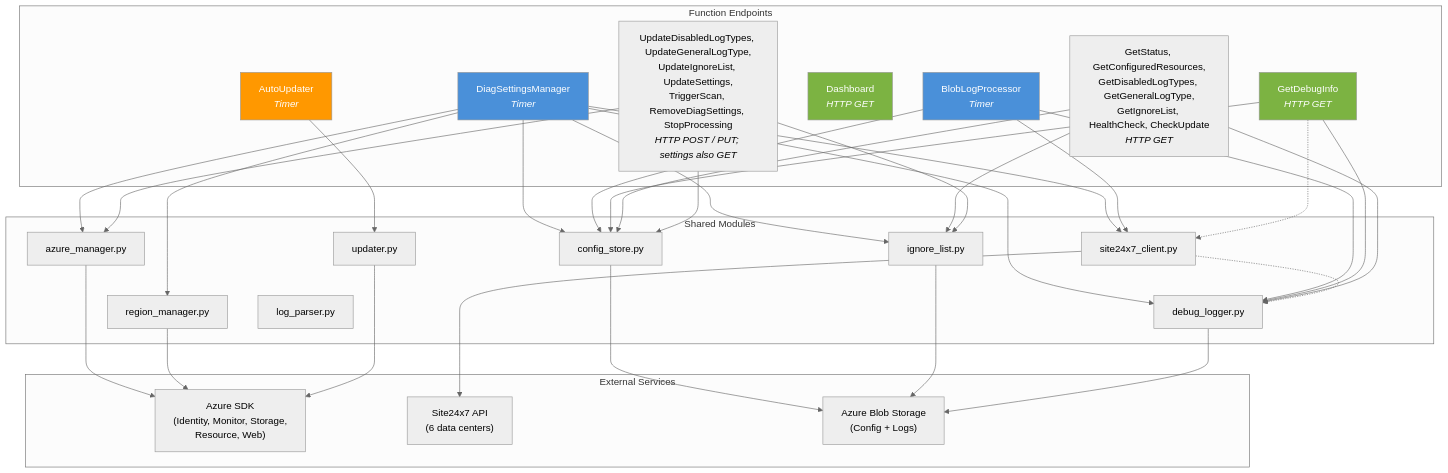
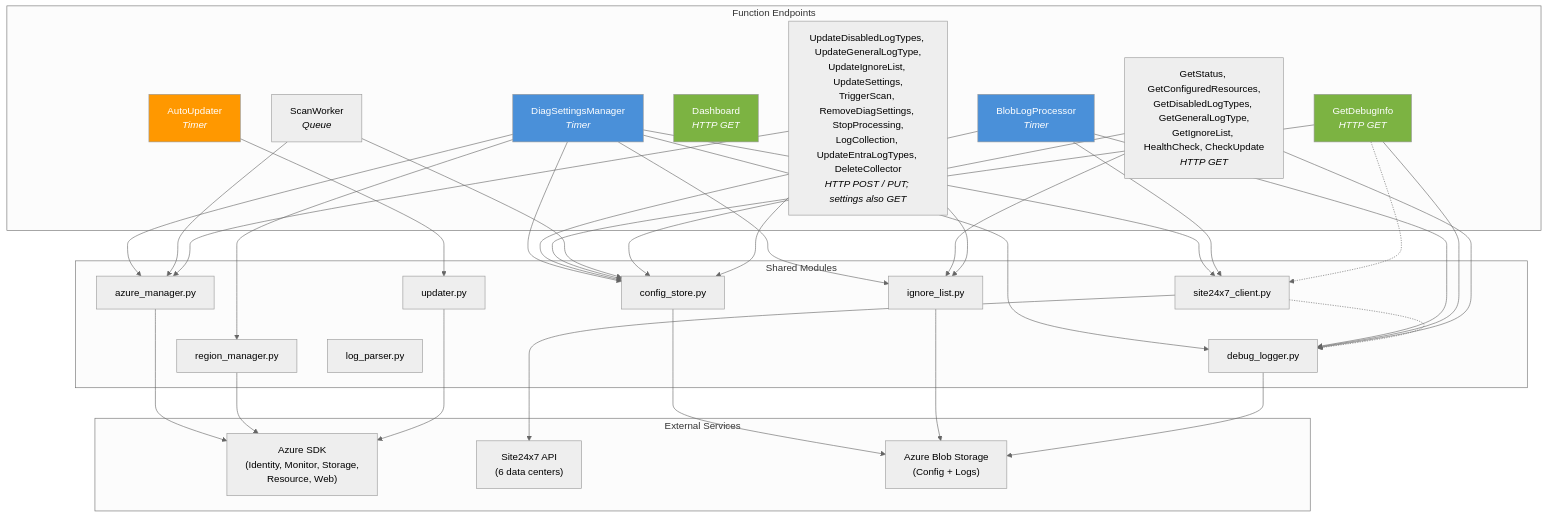
One commit to site24x7/azure-log-collector changed the diagram in docs/developer-guide.md. Above: the diagram before and after it, drawn with Mermaid (neutral theme). The commit also changed other lines of this file and 9 other files, not shown here.

````diff
--- a/docs/developer-guide.md
+++ b/docs/developer-guide.md
@@ -147,71 +150,75 @@
 ```mermaid
 graph TD
     subgraph "Function Endpoints"
         DSM[DiagSettingsManager<br/><i>Timer</i>]
         BLP[BlobLogProcessor<br/><i>Timer</i>]
         GDI[GetDebugInfo<br/><i>HTTP GET</i>]
         DASH[Dashboard<br/><i>HTTP GET</i>]
         AU[AutoUpdater<br/><i>Timer</i>]
+        SW[ScanWorker<br/><i>Queue</i>]
         HTTP_GET["GetStatus, GetConfiguredResources,<br/>GetDisabledLogTypes, GetGeneralLogType,<br/>GetIgnoreList, HealthCheck, CheckUpdate<br/><i>HTTP GET</i>"]
-        HTTP_POST["UpdateDisabledLogTypes, UpdateGeneralLogType,<br/>UpdateIgnoreList, UpdateSettings,<br/>TriggerScan, RemoveDiagSettings, StopProcessing<br/><i>HTTP POST / PUT; settings also GET</i>"]
+        HTTP_POST["UpdateDisabledLogTypes, UpdateGeneralLogType,<br/>UpdateIgnoreList, UpdateSettings,<br/>TriggerScan, RemoveDiagSettings, StopProcessing,<br/>LogCollection, UpdateEntraLogTypes, DeleteCollector<br/><i>HTTP POST / PUT; settings also GET</i>"]
     end
 
     subgraph "Shared Modules"
         AM[azure_manager.py]
         CS[config_store.py]
         S247[site24x7_client.py]
         RM[region_manager.py]
         IL[ignore_list.py]
         DL[debug_logger.py]
         LP[log_parser.py]
         UP[updater.py]
     end
 
     subgraph "External Services"
         AZURE_SDK["Azure SDK<br/>(Identity, Monitor, Storage,<br/>Resource, Web)"]
         S247_API["Site24x7 API<br/>(6 data centers)"]
         BLOB["Azure Blob Storage<br/>(Config + Logs)"]
     end
 
     DSM --> AM
     DSM --> CS
     DSM --> S247
     DSM --> RM
     DSM --> IL
     DSM --> DL
 
     BLP --> CS
     BLP --> S247
     BLP --> DL
 
 
     GDI --> DL
     GDI --> CS
     GDI -.-> S247
 
     AU --> UP
 
+    SW --> AM
+    SW --> CS
+
     HTTP_GET --> CS
     HTTP_GET --> IL
     HTTP_GET --> DL
 
     HTTP_POST --> CS
     HTTP_POST --> IL
     HTTP_POST --> AM
 
     S247 -.-> DL
 
     AM --> AZURE_SDK
     CS --> BLOB
     S247 --> S247_API
     RM --> AZURE_SDK
     IL --> BLOB
     DL --> BLOB
     UP --> AZURE_SDK
 
     style DSM fill:#4a90d9,color:#fff
     style BLP fill:#4a90d9,color:#fff
     style GDI fill:#7cb342,color:#fff
     style DASH fill:#7cb342,color:#fff
     style AU fill:#ff9800,color:#fff
 ```
````
